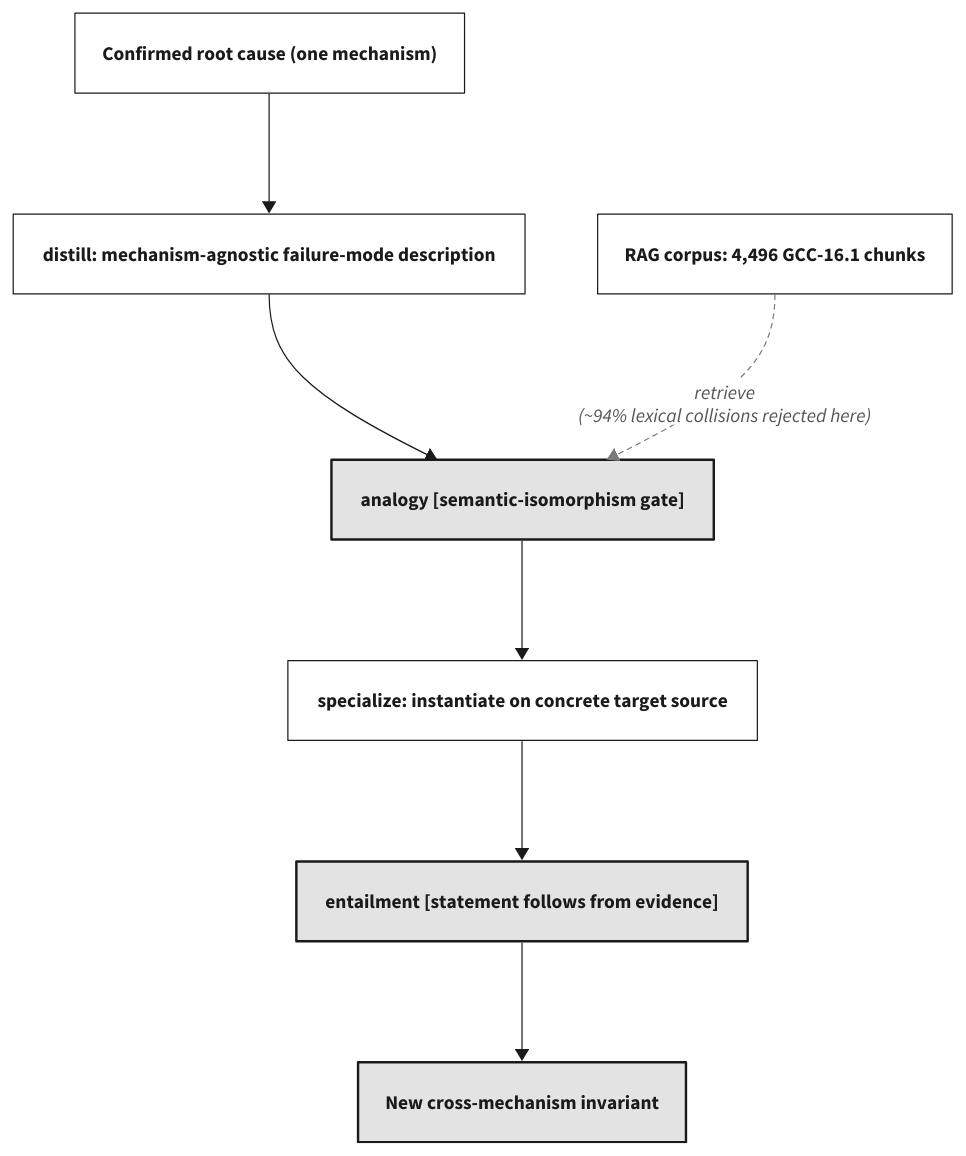
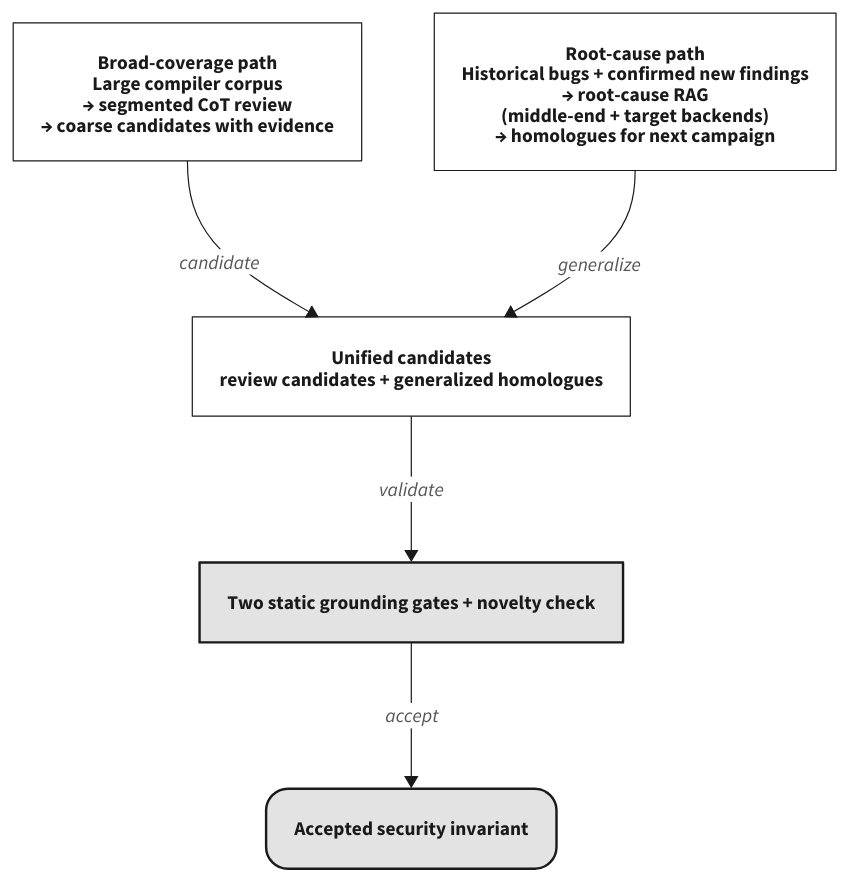
The diagram in docs/paper/figures/src/specgen-pipeline.d2 (zjy-dev/de-fuzz), drawn with D2 before and after one commit. The commit also changed 20 other files, not shown here.

```diff
--- a/docs/paper/figures/src/specgen-pipeline.d2
+++ b/docs/paper/figures/src/specgen-pipeline.d2
@@ -1,27 +1,21 @@
-# Fig: SpecGen pipeline distill -> analogy -> specialize -> entailment (academic monochrome)
+# Fig: complementary invariant discovery and feedback (academic monochrome)
 # render: d2 --theme=0 --pad=8 specgen-pipeline.d2 ../specgen-pipeline.svg
 
 classes: {
-  io:   { style: { fill: white; stroke: "#1A1A1A"; stroke-width: 1; font-color: "#1A1A1A" } }
-  step: { style: { fill: white; stroke: "#1A1A1A"; stroke-width: 1; font-color: "#1A1A1A" } }
-  gate: { style: { fill: "#E3E3E3"; stroke: "#1A1A1A"; stroke-width: 2; font-color: "#1A1A1A" } }
-  out:  { style: { fill: "#E3E3E3"; stroke: "#1A1A1A"; stroke-width: 2; font-color: "#1A1A1A" } }
+  node: { style: { fill: white; stroke: "#1A1A1A"; stroke-width: 1; font-color: "#1A1A1A" } }
+  key:  { style: { fill: "#E3E3E3"; stroke: "#1A1A1A"; stroke-width: 2; font-color: "#1A1A1A" } }
+  out:  { style: { fill: "#E3E3E3"; stroke: "#1A1A1A"; stroke-width: 2; font-color: "#1A1A1A"; border-radius: 18 } }
 }
 
 direction: down
 
-seed: "Confirmed root cause (one mechanism)" { class: io }
-distill: "distill:  mechanism-agnostic failure-mode description" { class: step }
-analogy: "analogy  [semantic-isomorphism gate]" { class: gate }
-specialize: "specialize:  instantiate on concrete target source" { class: step }
-entailment: "entailment  [statement follows from evidence]" { class: gate }
-inv: "New cross-mechanism invariant" { class: out }
+review: "Broad-coverage path\nLarge compiler corpus\n→ segmented CoT review\n→ coarse candidates with evidence" { class: node }
+rag: "Root-cause path\nHistorical bugs + confirmed new findings\n→ root-cause RAG\n(middle-end + target backends)\n→ homologues for next campaign" { class: node }
+pool: "Unified candidates\nreview candidates + generalized homologues" { class: node }
+ground: "Two static grounding gates + novelty check" { class: key }
+accepted: "Accepted security invariant" { class: out }
 
-corpus: "RAG corpus: 4,496 GCC-16.1 chunks" { class: io }
-
-seed -> distill: "" { style: { stroke: "#1A1A1A"; stroke-width: 1 } }
-distill -> analogy: "" { style: { stroke: "#1A1A1A"; stroke-width: 1 } }
-corpus -> analogy: "retrieve\n(~94% lexical collisions rejected here)" { style: { stroke: "#7A7A7A"; stroke-width: 1; stroke-dash: 4; font-color: "#555555" } }
-analogy -> specialize: "" { style: { stroke: "#1A1A1A"; stroke-width: 1 } }
-specialize -> entailment: "" { style: { stroke: "#1A1A1A"; stroke-width: 1 } }
-entailment -> inv: "" { style: { stroke: "#1A1A1A"; stroke-width: 1 } }
+review -> pool: "candidate" { style: { stroke: "#1A1A1A"; stroke-width: 1; font-color: "#555555" } }
+rag -> pool: "generalize" { style: { stroke: "#1A1A1A"; stroke-width: 1; font-color: "#555555" } }
+pool -> ground: "validate" { style: { stroke: "#1A1A1A"; stroke-width: 1; font-color: "#555555" } }
+ground -> accepted: "accept" { style: { stroke: "#1A1A1A"; stroke-width: 1; font-color: "#555555" } }
```
